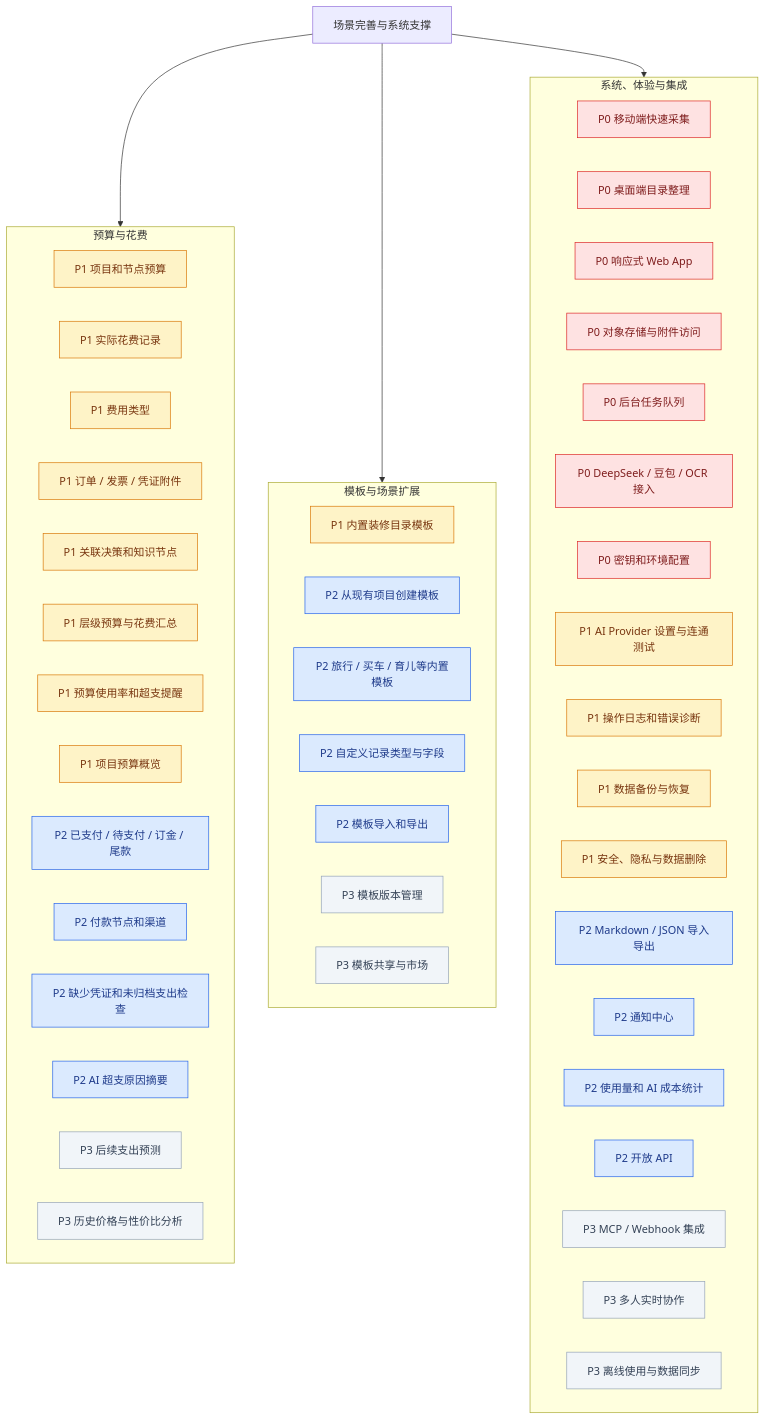
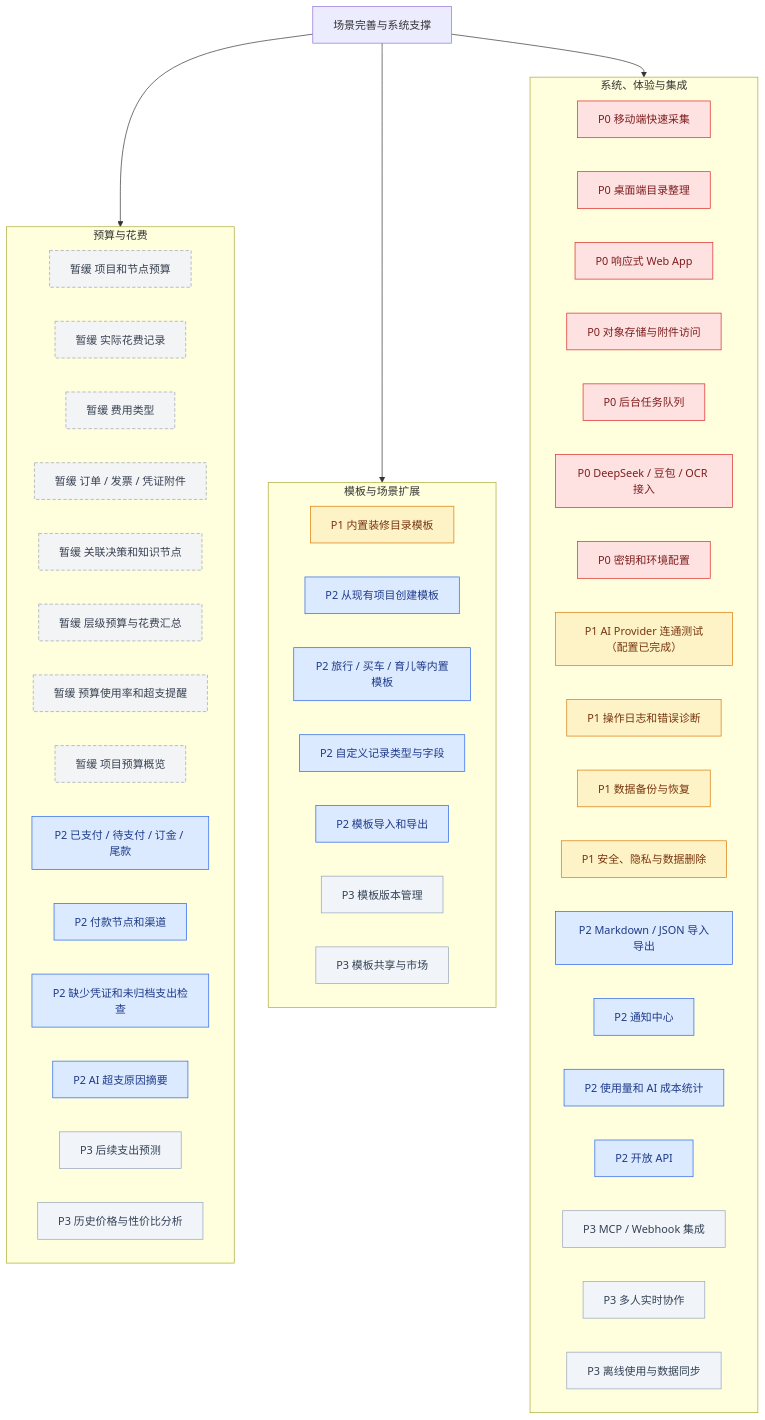
Before and after one commit to zxaptx4869/KnowStruct: the sixth of 7 diagrams in docs/功能结构图与优先级.md, drawn with Mermaid. The commit also changed other lines of this file and 6 other files, not shown here.

````diff
--- a/docs/功能结构图与优先级.md
+++ b/docs/功能结构图与优先级.md
@@ -269,65 +284,67 @@
 ```mermaid
 flowchart TB
     ROOT["场景完善与系统支撑"]
 
     subgraph BUDGET["预算与花费"]
-        J1["P1 项目和节点预算"]
-        J2["P1 实际花费记录"]
-        J3["P1 费用类型"]
-        J4["P1 订单 / 发票 / 凭证附件"]
-        J5["P1 关联决策和知识节点"]
-        J6["P1 层级预算与花费汇总"]
-        J7["P1 预算使用率和超支提醒"]
-        J8["P1 项目预算概览"]
+        J1["暂缓 项目和节点预算"]
+        J2["暂缓 实际花费记录"]
+        J3["暂缓 费用类型"]
+        J4["暂缓 订单 / 发票 / 凭证附件"]
+        J5["暂缓 关联决策和知识节点"]
+        J6["暂缓 层级预算与花费汇总"]
+        J7["暂缓 预算使用率和超支提醒"]
+        J8["暂缓 项目预算概览"]
         J9["P2 已支付 / 待支付 / 订金 / 尾款"]
         J10["P2 付款节点和渠道"]
         J11["P2 缺少凭证和未归档支出检查"]
         J12["P2 AI 超支原因摘要"]
         J13["P3 后续支出预测"]
         J14["P3 历史价格与性价比分析"]
     end
 
     subgraph TEMPLATE["模板与场景扩展"]
         K1["P1 内置装修目录模板"]
         K2["P2 从现有项目创建模板"]
         K3["P2 旅行 / 买车 / 育儿等内置模板"]
         K4["P2 自定义记录类型与字段"]
         K5["P2 模板导入和导出"]
         K6["P3 模板版本管理"]
         K7["P3 模板共享与市场"]
     end
 
     subgraph SYSTEM["系统、体验与集成"]
         L1["P0 移动端快速采集"]
         L2["P0 桌面端目录整理"]
         L3["P0 响应式 Web App"]
         L4["P0 对象存储与附件访问"]
         L5["P0 后台任务队列"]
         L6["P0 DeepSeek / 豆包 / OCR 接入"]
         L7["P0 密钥和环境配置"]
-        L8["P1 AI Provider 设置与连通测试"]
+        L8["P1 AI Provider 连通测试（配置已完成）"]
         L9["P1 操作日志和错误诊断"]
         L10["P1 数据备份与恢复"]
         L11["P1 安全、隐私与数据删除"]
         L12["P2 Markdown / JSON 导入导出"]
         L13["P2 通知中心"]
         L14["P2 使用量和 AI 成本统计"]
         L15["P2 开放 API"]
         L16["P3 MCP / Webhook 集成"]
         L17["P3 多人实时协作"]
         L18["P3 离线使用与数据同步"]
     end
 
     ROOT --> BUDGET
     ROOT --> TEMPLATE
     ROOT --> SYSTEM
 
     classDef p0 fill:#fee2e2,color:#7f1d1d,stroke:#dc2626;
     classDef p1 fill:#fef3c7,color:#78350f,stroke:#d97706;
     classDef p2 fill:#dbeafe,color:#1e3a8a,stroke:#2563eb;
     classDef p3 fill:#f1f5f9,color:#334155,stroke:#94a3b8;
+    classDef defer fill:#f3f4f6,color:#374151,stroke:#9ca3af,stroke-dasharray:5 3;
     class L1,L2,L3,L4,L5,L6,L7 p0;
-    class J1,J2,J3,J4,J5,J6,J7,J8,K1,L8,L9,L10,L11 p1;
+    class J1,J2,J3,J4,J5,J6,J7,J8 defer;
+    class K1,L8,L9,L10,L11 p1;
     class J9,J10,J11,J12,K2,K3,K4,K5,L12,L13,L14,L15 p2;
     class J13,J14,K6,K7,L16,L17,L18 p3;
 ```
````
